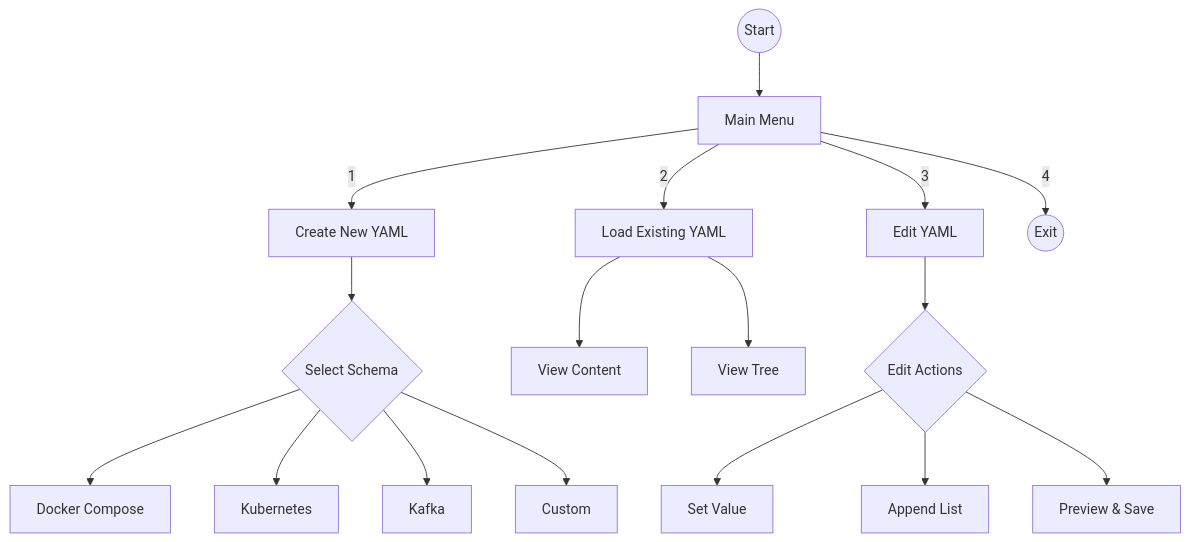
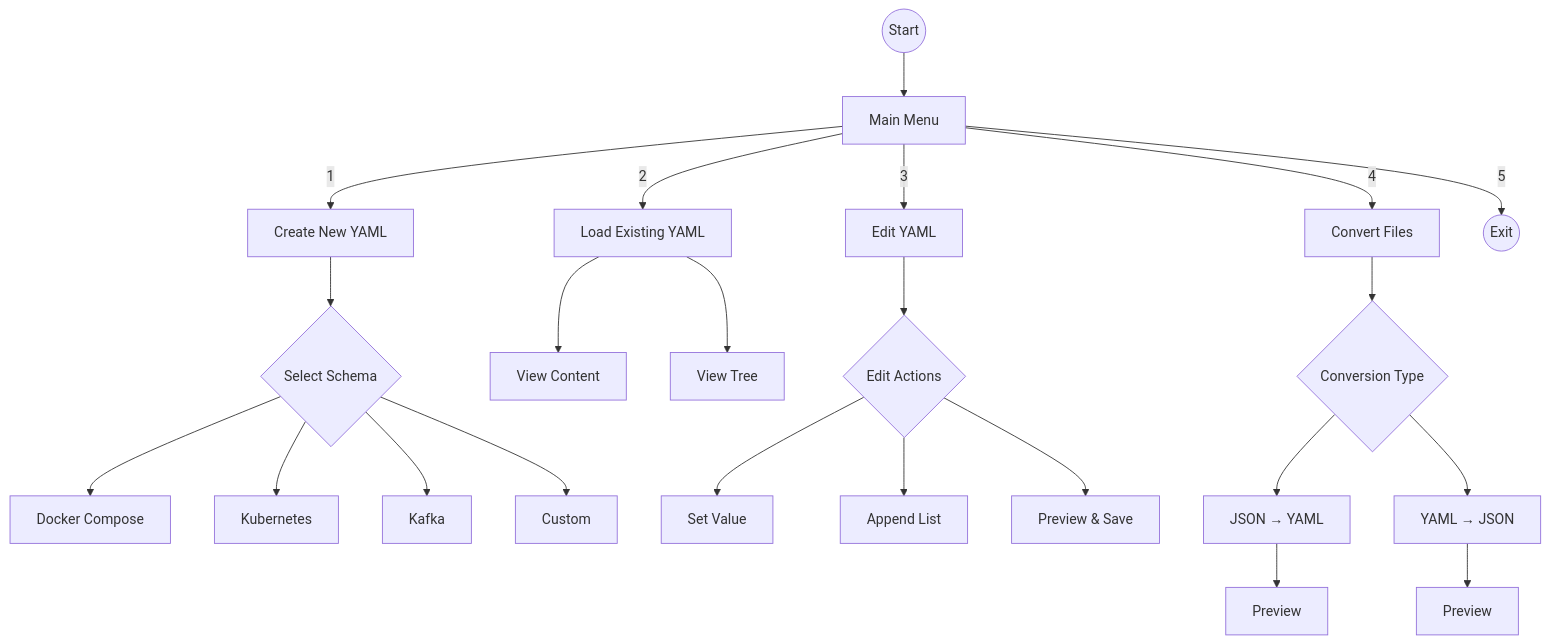
The second of 2 diagrams in README.md (The-WarLog/ContainCraft), drawn with Mermaid before and after one commit. The commit also changed other lines of this file and 4 other files, not shown here.

Commit message:
added a feture to convert yaml to json or vice versa

````diff
--- a/README.md
+++ b/README.md
@@ -111,23 +112,30 @@
 ```mermaid
 graph TD
     Start((Start)) --> Menu[Main Menu]
     
     Menu -->|1| Create[Create New YAML]
     Create --> SchemaSelect{Select Schema}
     SchemaSelect --> Docker[Docker Compose]
     SchemaSelect --> K8s[Kubernetes]
     SchemaSelect --> Kafka[Kafka]
     SchemaSelect --> Custom[Custom]
     
     Menu -->|2| Load[Load Existing YAML]
     Load --> View[View Content]
     Load --> Tree[View Tree]
     
     Menu -->|3| Edit[Edit YAML]
     Edit --> Actions{Edit Actions}
     Actions --> SetVal[Set Value]
     Actions --> Append[Append List]
     Actions --> Save[Preview & Save]
     
-    Menu -->|4| Exit((Exit))
+    Menu -->|4| Convert[Convert Files]
+    Convert --> ConvertType{Conversion Type}
+    ConvertType --> J2Y[JSON → YAML]
+    ConvertType --> Y2J[YAML → JSON]
+    J2Y --> Preview1[Preview]
+    Y2J --> Preview2[Preview]
+    
+    Menu -->|5| Exit((Exit))
 ```
````
